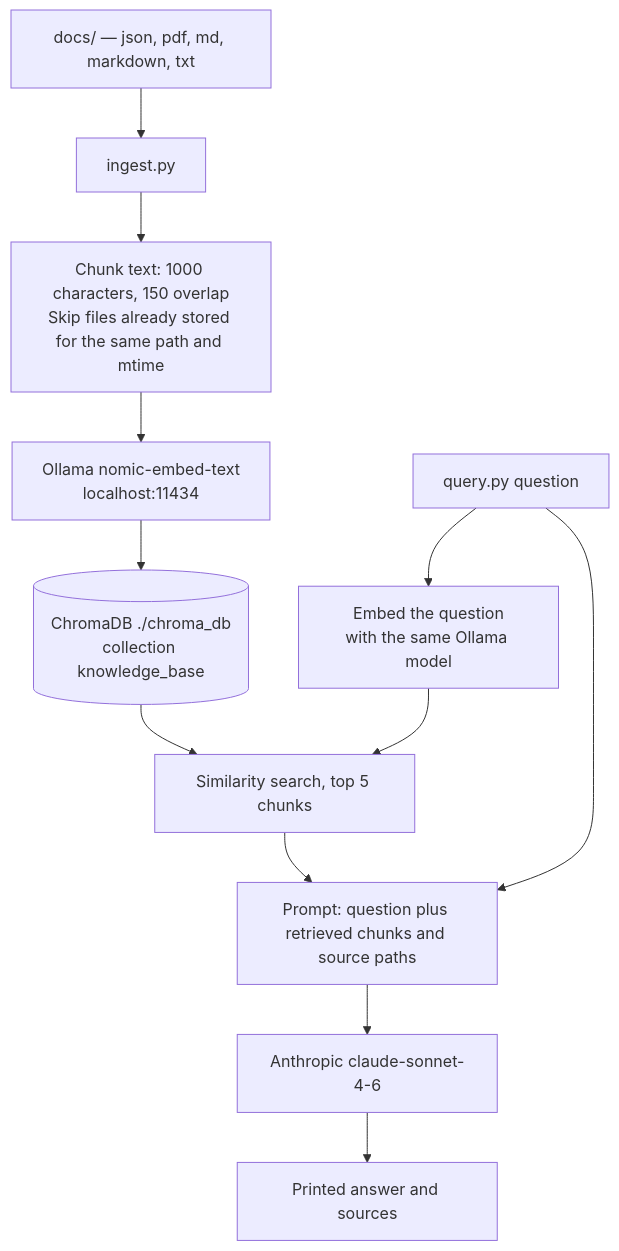
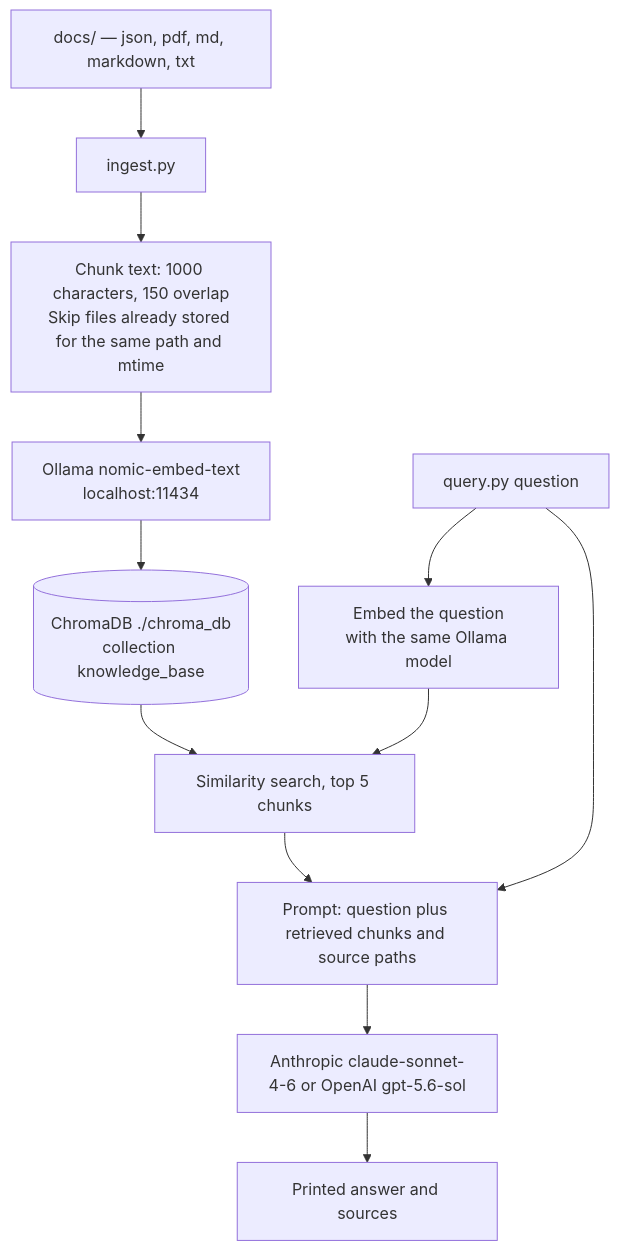
The diagram in Readme.md (dejanu/localRAG), drawn with Mermaid before and after one commit. The commit also changed other lines of this file and 3 other files, not shown here.

````diff
--- a/Readme.md
+++ b/Readme.md
@@ -75,15 +78,15 @@
 ```mermaid
 flowchart TB
   docs["docs/ — json, pdf, md, markdown, txt"] --> ingest["ingest.py"]
   ingest --> chunk["Chunk text: 1000 characters, 150 overlap\nSkip files already stored for the same path and mtime"]
   chunk --> embedIn["Ollama nomic-embed-text\nlocalhost:11434"]
   embedIn --> chroma[("ChromaDB ./chroma_db\ncollection knowledge_base")]
 
   question["query.py question"] --> embedQ["Embed the question\nwith the same Ollama model"]
   embedQ --> search["Similarity search, top 5 chunks"]
   chroma --> search
   search --> prompt["Prompt: question plus retrieved chunks and source paths"]
   question --> prompt
-  prompt --> llm["Anthropic claude-sonnet-4-6"]
+  prompt --> llm["Anthropic claude-sonnet-4-6 or OpenAI gpt-5.6-sol"]
   llm --> answer["Printed answer and sources"]
 ```
````
